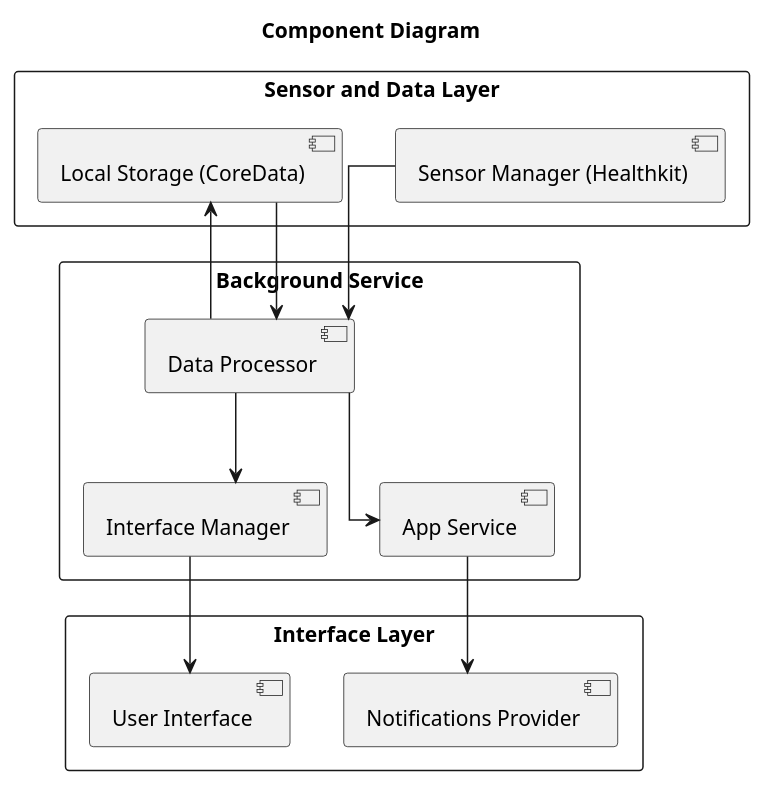
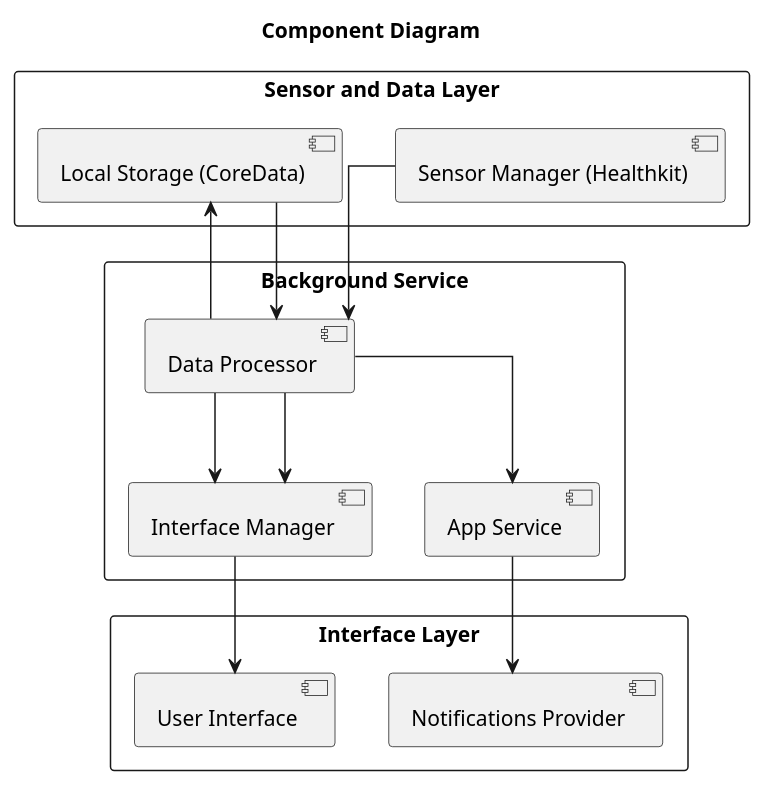
One commit to VC-658-Team/VC-658 changed the diagram in diagrams/component-diagram.puml. Above: the diagram before and after it, drawn with PlantUML. The commit also changed 1 other file, not shown here.

Commit message:
fixing diagram

```diff
--- a/diagrams/component-diagram.puml
+++ b/diagrams/component-diagram.puml
@@ -1,33 +1,34 @@
 @startuml Component Diagram
 title Component Diagram
-top to bottom direction
+
 skinparam linetype ortho
 skinparam packageStyle rectangle
 
 package "Interface Layer" {
     [Notifications Provider] as notifications
     [User Interface] as interface
 
 }
 
 package "Background Service" {
     [Interface Manager] as interfaceManager   
     [Data Processor] as processor
     [App Service] as appService    
 }
     
 package "Sensor and Data Layer" { 
     [Sensor Manager (Healthkit)] as sensor
     [Local Storage (CoreData)] as storage
 }
 appService --> notifications
 
 sensor --> processor
 processor --> storage
 processor --> appService
+processor --> interfaceManager
 storage --> processor
 processor --> interfaceManager
 interfaceManager --> interface
 
 
 @enduml
```
